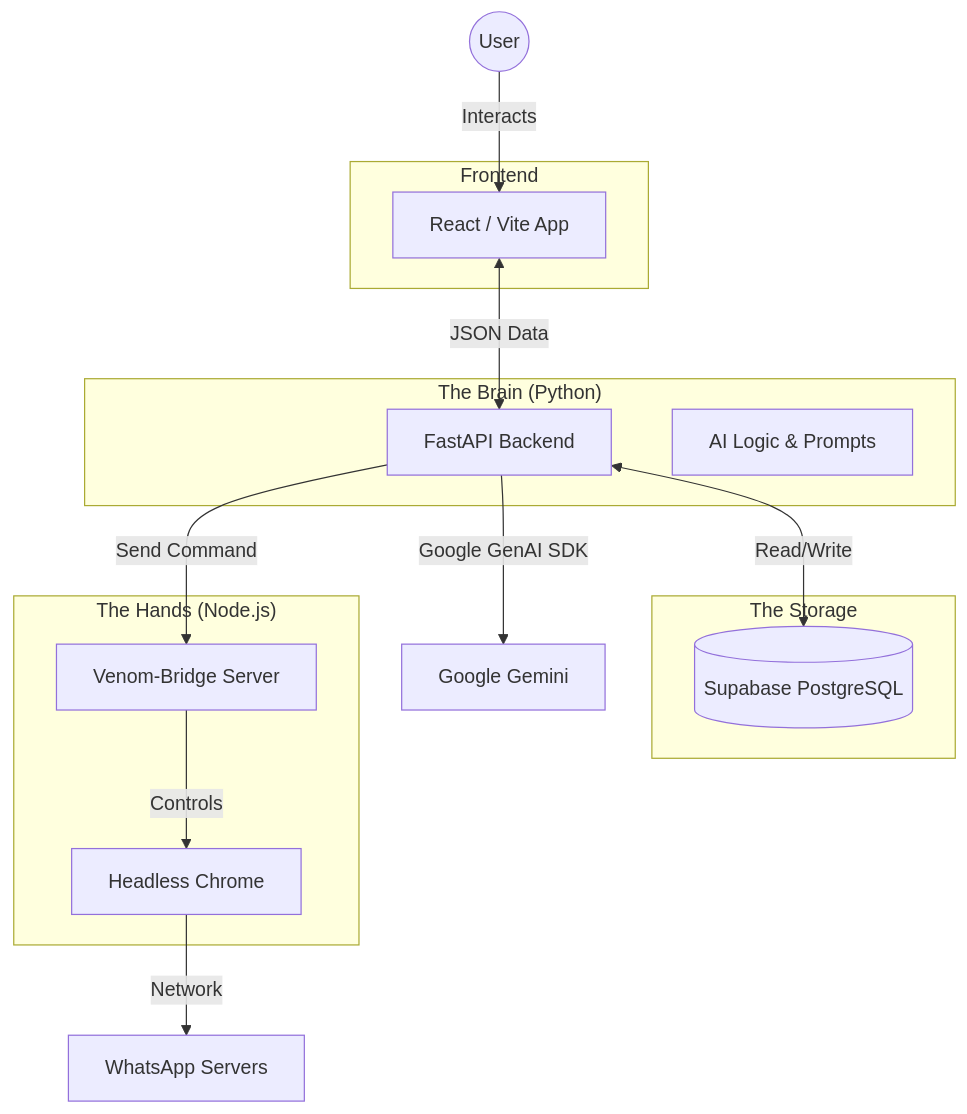
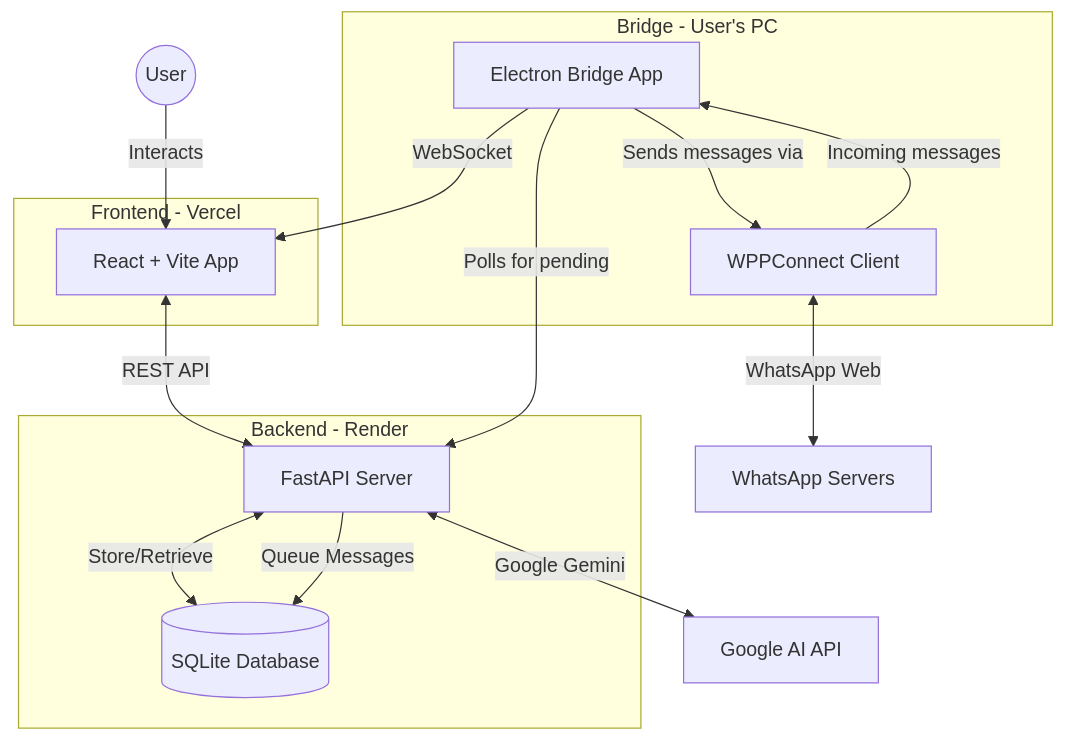
One commit to Teleiosite/shepherd-ai changed the diagram in README.md. Above: the diagram before and after it, drawn with Mermaid. The commit also changed other lines of this file and 2 other files, not shown here.

Commit message:
feat: add media support to bridge polling + update README

````diff
--- a/README.md
+++ b/README.md
@@ -101,30 +57,30 @@
 ```mermaid
 graph TD
     User((User))
     
-    subgraph Frontend
-    UI[React / Vite App]
+    subgraph Frontend [Frontend - Vercel]
+        UI[React + Vite App]
     end
     
-    subgraph "The Brain (Python)"
-    API[FastAPI Backend]
-    Logic[AI Logic & Prompts]
+    subgraph Backend [Backend - Render]
+        API[FastAPI Server]
+        DB[(SQLite Database)]
     end
     
-    subgraph "The Storage"
-    DB[(Supabase PostgreSQL)]
-    end
-    
-    subgraph "The Hands (Node.js)"
-    Bridge[Venom-Bridge Server]
-    Browser[Headless Chrome]
+    subgraph Bridge [Bridge - User's PC]
+        BridgeApp[Electron Bridge App]
+        WPP[WPPConnect Client]
     end
     
     User -->|Interacts| UI
-    UI <-->|JSON Data| API
-    API <-->|Read/Write| DB
-    API -->|Google GenAI SDK| AI_Cloud[Google Gemini]
-    API -->|Send Command| Bridge
-    Bridge -->|Controls| Browser
-    Browser -->|Network| WA[WhatsApp Servers]
+    UI <-->|REST API| API
+    API <-->|Store/Retrieve| DB
+    API -->|Queue Messages| DB
+    API <-->|Google Gemini| AI[Google AI API]
+    
+    BridgeApp -->|Polls for pending| API
+    BridgeApp -->|Sends messages via| WPP
+    WPP <-->|WhatsApp Web| WA[WhatsApp Servers]
+    WPP -->|Incoming messages| BridgeApp
+    BridgeApp -->|WebSocket| UI
 ```
````
